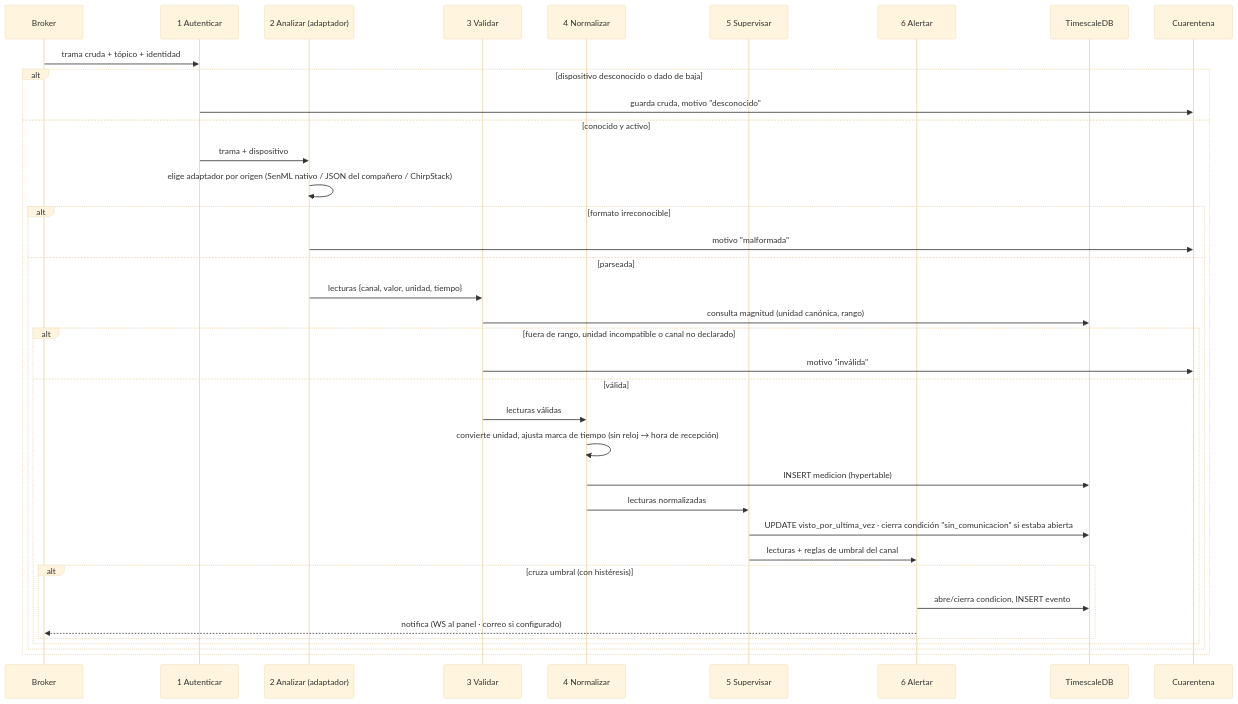
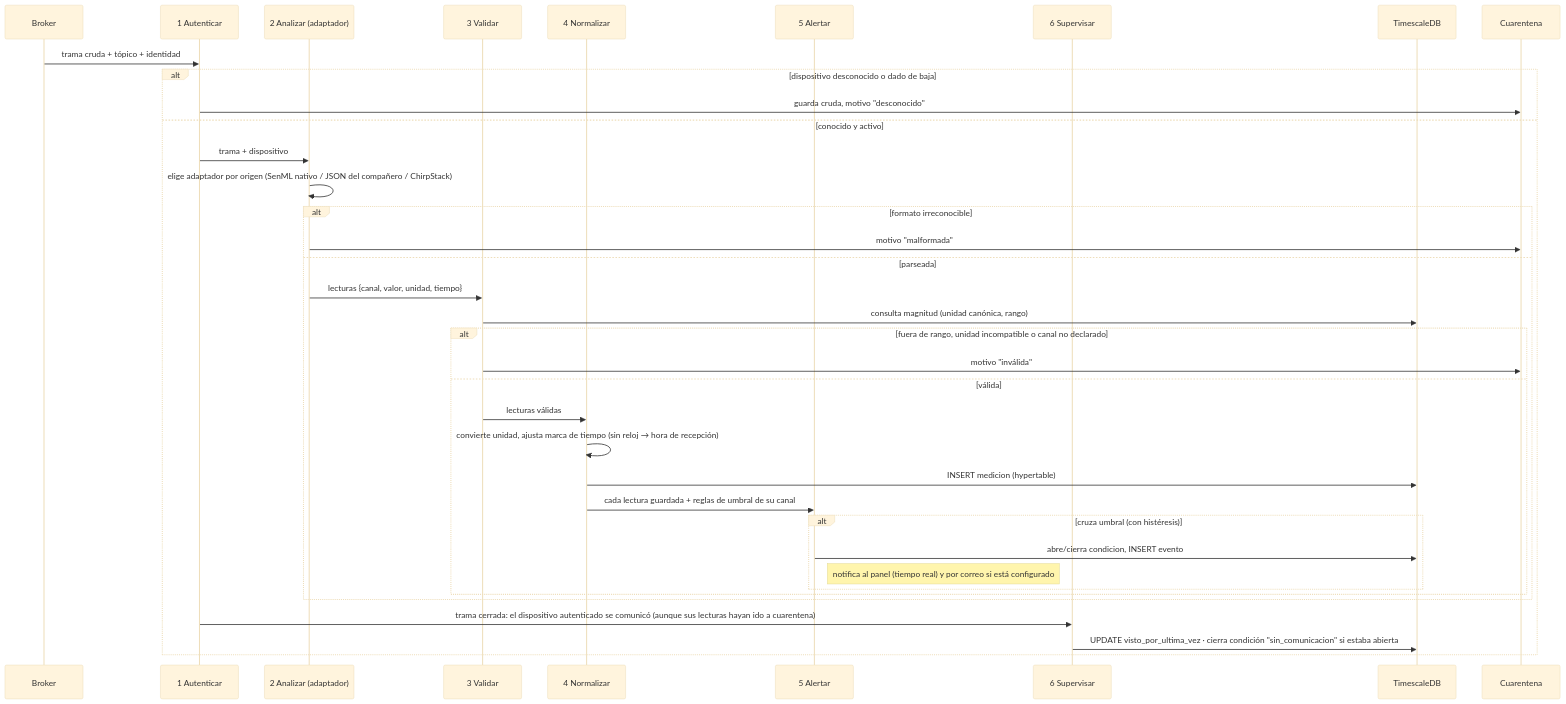
One commit to vicenterami/tesis changed the diagram in informe-oficial/figuras/mermaid/sec-pipeline.mmd. Above: the diagram before and after it, drawn with Mermaid (base theme). The commit also changed 19 other files, not shown here.

First line of the commit message:
Numera los filtros como se ejecutan, hace que el código marque vivo con trama malformada y añade el canal de tiempo real autenticado

```diff
--- a/informe-oficial/figuras/mermaid/sec-pipeline.mmd
+++ b/informe-oficial/figuras/mermaid/sec-pipeline.mmd
@@ -1,38 +1,38 @@
 sequenceDiagram
     participant MQ as Broker
     participant F1 as 1 Autenticar
     participant F2 as 2 Analizar (adaptador)
     participant F3 as 3 Validar
     participant F4 as 4 Normalizar
-    participant F5 as 5 Supervisar
-    participant F6 as 6 Alertar
+    participant F5 as 5 Alertar
+    participant F6 as 6 Supervisar
     participant DB as TimescaleDB
     participant Q as Cuarentena
 
     MQ->>F1: trama cruda + tópico + identidad
     alt dispositivo desconocido o dado de baja
         F1->>Q: guarda cruda, motivo "desconocido"
     else conocido y activo
         F1->>F2: trama + dispositivo
         F2->>F2: elige adaptador por origen (SenML nativo / JSON del compañero / ChirpStack)
         alt formato irreconocible
             F2->>Q: motivo "malformada"
         else parseada
             F2->>F3: lecturas {canal, valor, unidad, tiempo}
             F3->>DB: consulta magnitud (unidad canónica, rango)
             alt fuera de rango, unidad incompatible o canal no declarado
                 F3->>Q: motivo "inválida"
             else válida
                 F3->>F4: lecturas válidas
                 F4->>F4: convierte unidad, ajusta marca de tiempo (sin reloj → hora de recepción)
                 F4->>DB: INSERT medicion (hypertable)
-                F4->>F5: lecturas normalizadas
-                F5->>DB: UPDATE visto_por_ultima_vez · cierra condición "sin_comunicacion" si estaba abierta
-                F5->>F6: lecturas + reglas de umbral del canal
+                F4->>F5: cada lectura guardada + reglas de umbral de su canal
                 alt cruza umbral (con histéresis)
-                    F6->>DB: abre/cierra condicion, INSERT evento
-                    F6-->>MQ: notifica (WS al panel · correo si configurado)
+                    F5->>DB: abre/cierra condicion, INSERT evento
+                    Note right of F5: notifica al panel (tiempo real) y por correo si está configurado
                 end
             end
         end
+        F1->>F6: trama cerrada: el dispositivo autenticado se comunicó (aunque sus lecturas hayan ido a cuarentena)
+        F6->>DB: UPDATE visto_por_ultima_vez · cierra condición "sin_comunicacion" si estaba abierta
     end
```
